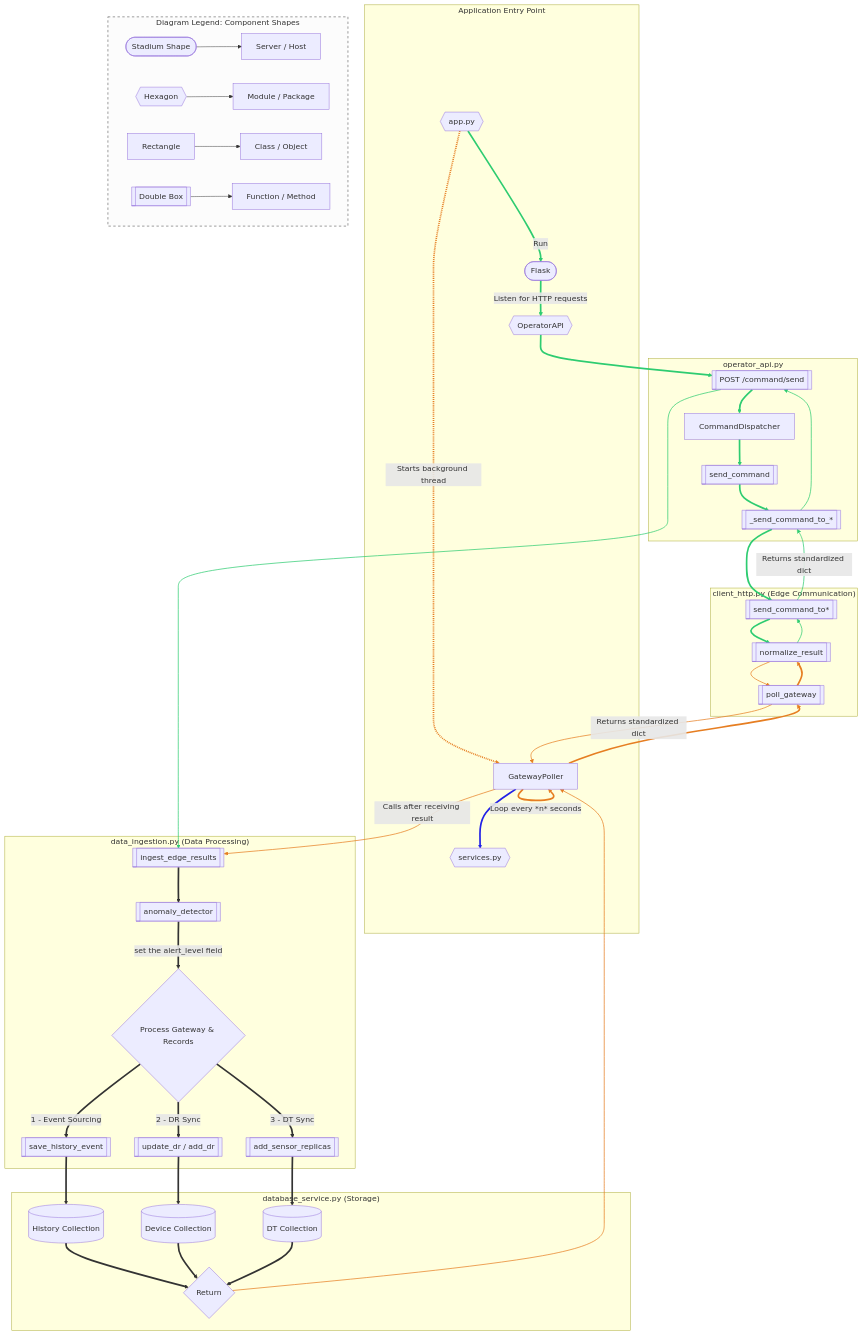
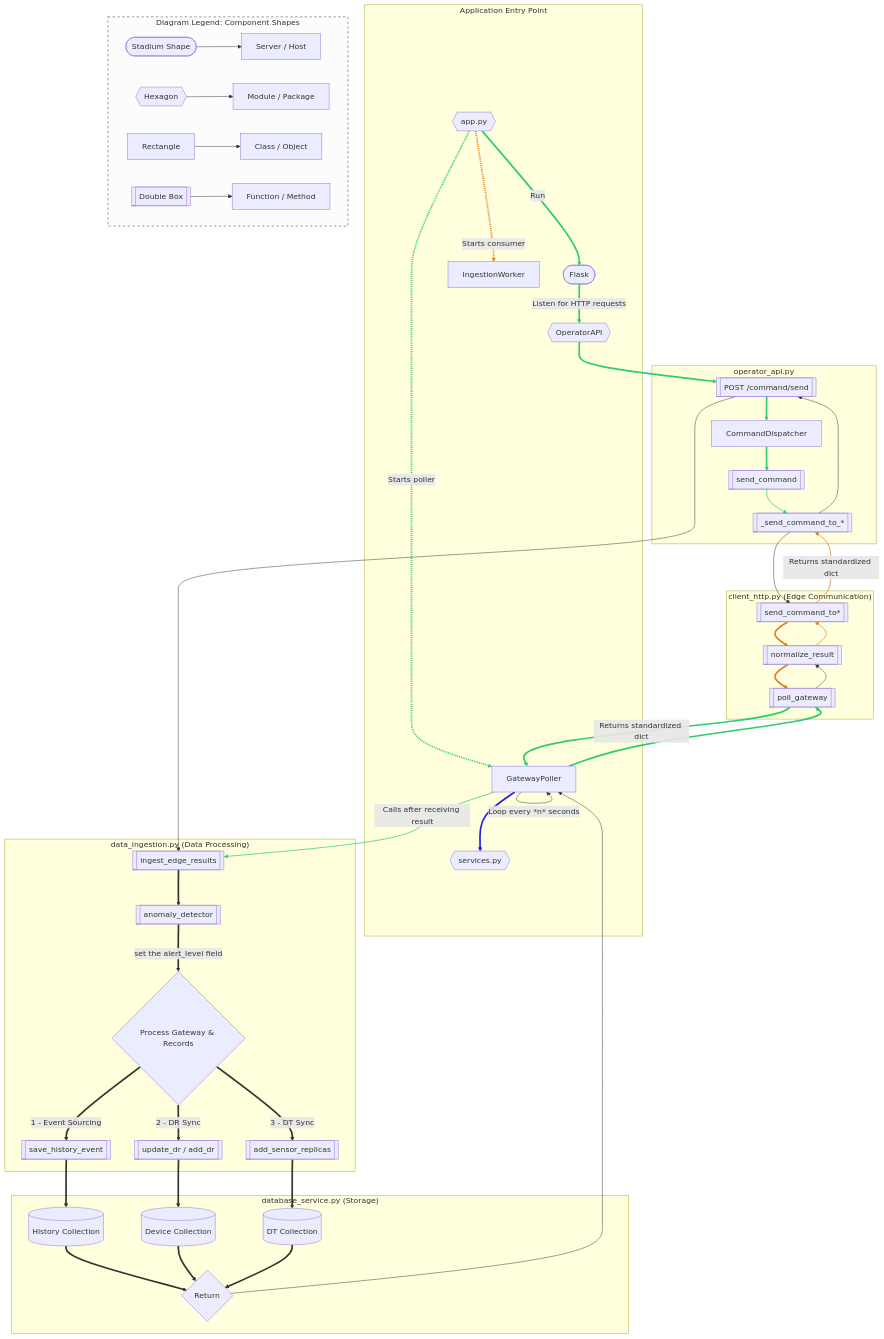
The second of 3 diagrams in docs/workflow_data_ingestion.md (G-P-x/IoT_project), drawn with Mermaid before and after one commit. The commit also changed other lines of this file and 4 other files, not shown here.

Commit message:
Implement ingestion worker and queue for asynchronous data processing; refactor operator API and GatewayPoller object to utilize the new ingestion queue for edge results. Mermaid flowchart updated

````diff
--- a/docs/workflow_data_ingestion.md
+++ b/docs/workflow_data_ingestion.md
@@ -17,11 +120,14 @@
 		Poll[GatewayPoller]
 		API{{OperatorAPI}}
 		Services{{services.py}}
+		Consumer[IngestionWorker]
 		
 		App -->|Run| Server 
 		Server --> |Listen for HTTP requests| API
-		App -.->|Starts background thread| Poll  
+		App -.-> |Starts poller| Poll  
+		App -.-> |Starts consumer| Consumer
 		Poll -->|Loop every *n* seconds| Poll
+		
 		Poll --> Services
 		
 	end 
@@ -92,14 +198,16 @@
 style Legend fill:#fcfcfc,stroke:#333,stroke-dasharray: 5 5
 
 %% Apply Colors at the very bottom 
-	%% green
-	linkStyle 0,1,5,6,7,8,11,15 stroke:#2ecc71,stroke-width:3.5px; 
+	%% green forward
+	linkStyle 0,1,2,6,7,8,11,15 stroke:#2ecc71,stroke-width:3.5px; 
+	%% green backward
 	linkStyle 16,17,9,19 stroke:#2ecc71,stroke-width:1.5px; 
 	
-	%% red
-	linkStyle 2,3,10,12 stroke:#e67e22,stroke-width:3.5px;
-	linkStyle 13,14,18,31 stroke:#e67e22,stroke-width:1.5px;
+	%% red forward
+	linkStyle 3,14,16 stroke:#e67e22,stroke-width:3.5px;
+	%% red backward
+	linkStyle 17,18 stroke:#e67e22,stroke-width:1.5px;
 	
 	%% blue
-	linkStyle 4 stroke:#2222e6,stroke-width:3.5px;
+	linkStyle 5 stroke:#2222e6,stroke-width:3.5px;
 ```
````
